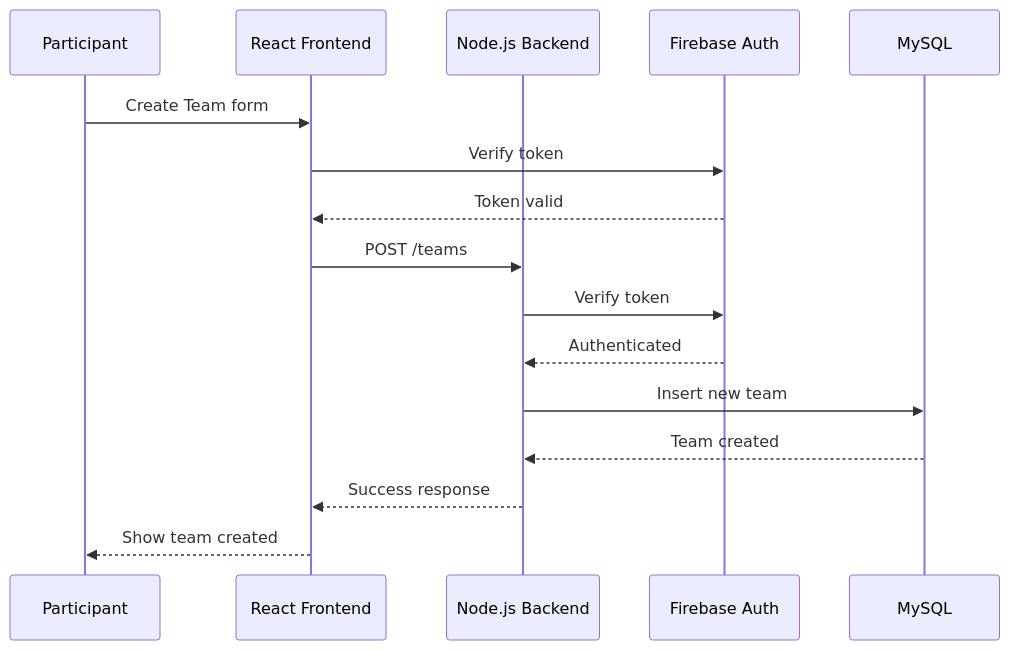
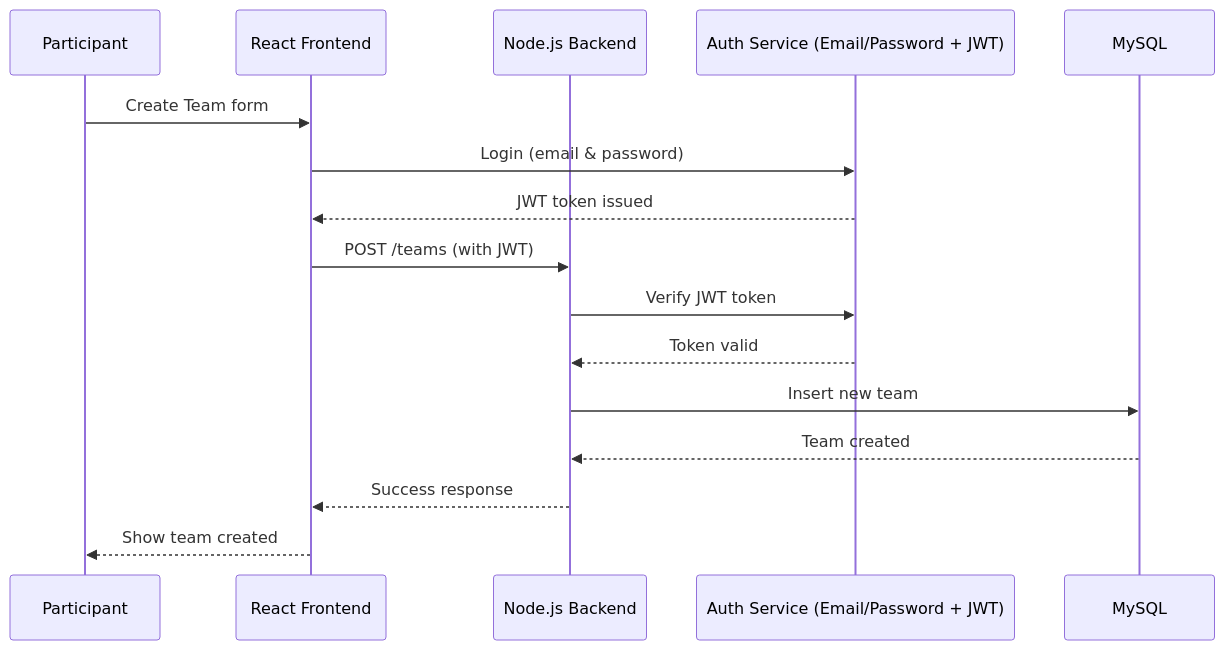
One commit to Rinadfahadz/Portfolio changed the first of 3 diagrams in stage3/High-Level Sequence Diagrams.md. Above: the diagram before and after it, drawn with Mermaid.

````diff
--- a/stage3/High-Level Sequence Diagrams.md
+++ b/stage3/High-Level Sequence Diagrams.md
@@ -4,23 +4,23 @@
 ```mermaid
 
 sequenceDiagram
     participant User as Participant
     participant Frontend as React Frontend
     participant API as Node.js Backend
-    participant Auth as Firebase Auth
+    participant Auth as Auth Service (Email/Password + JWT)
     participant DB as MySQL
 
     User->>Frontend: Create Team form
-    Frontend->>Auth: Verify token
-    Auth-->>Frontend: Token valid
+    Frontend->>Auth: Login (email & password)
+    Auth-->>Frontend: JWT token issued
 
-    Frontend->>API: POST /teams
-    API->>Auth: Verify token
-    Auth-->>API: Authenticated
+    Frontend->>API: POST /teams (with JWT)
+    API->>Auth: Verify JWT token
+    Auth-->>API: Token valid
 
     API->>DB: Insert new team
     DB-->>API: Team created
 
     API-->>Frontend: Success response
     Frontend-->>User: Show team created
 ```
````
